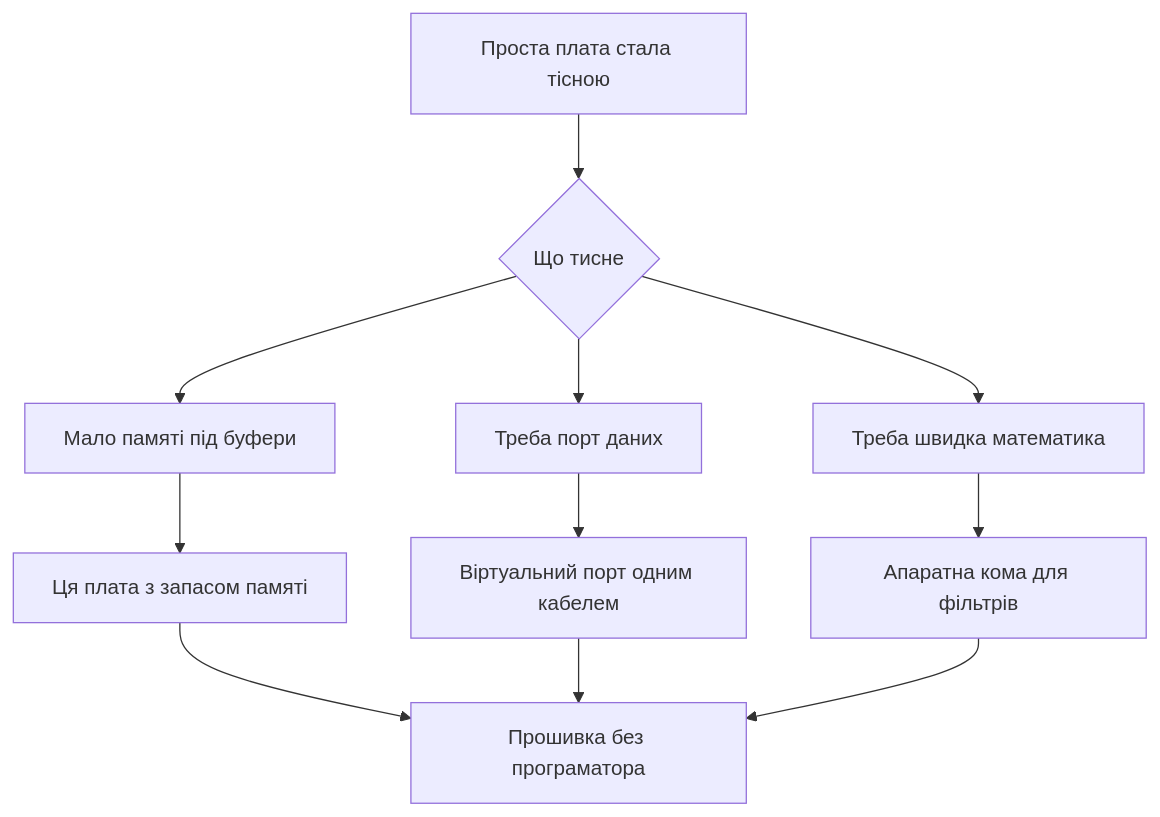
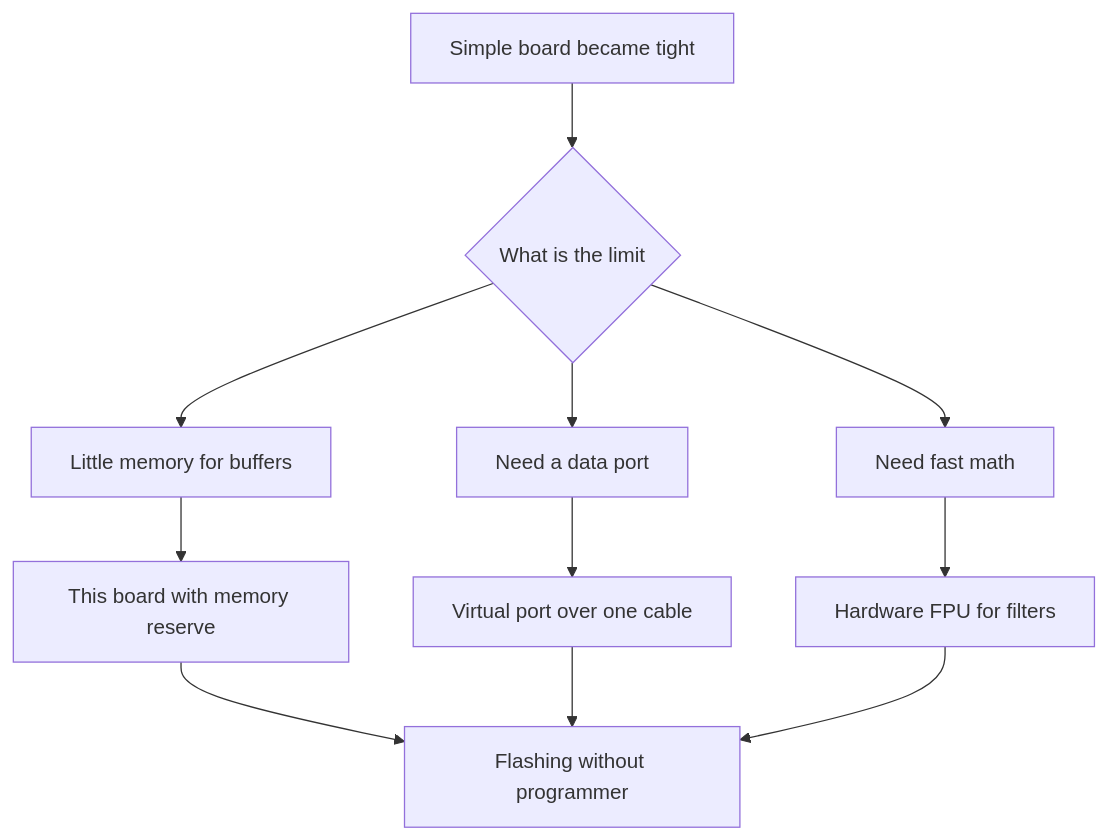
The diagram in obsidian_vault/STM32-Reference/EN/14-Devboards/02-Black-Pill.en.md (ksalab/embedded-reference), drawn with Mermaid before and after one commit. The commit also changed other lines of this file and 76 other files, not shown here.

````diff
--- a/obsidian_vault/STM32-Reference/EN/14-Devboards/02-Black-Pill.en.md
+++ b/obsidian_vault/STM32-Reference/EN/14-Devboards/02-Black-Pill.en.md
@@ -192,14 +191,14 @@
 ```mermaid
 flowchart TB
-    Start[Проста плата стала тісною]
-    Start --> Need{Що тисне}
-    Need --> Mem[Мало памяті під буфери]
-    Need --> Usb[Треба порт даних]
-    Need --> Math[Треба швидка математика]
-    Mem --> New[Ця плата з запасом памяті]
-    Usb --> Cdc[Віртуальний порт одним кабелем]
-    Math --> Fpu[Апаратна кома для фільтрів]
-    New --> Dfu[Прошивка без програматора]
+    Start[Simple board became tight]
+    Start --> Need{What is the limit}
+    Need --> Mem[Little memory for buffers]
+    Need --> Usb[Need a data port]
+    Need --> Math[Need fast math]
+    Mem --> New[This board with memory reserve]
+    Usb --> Cdc[Virtual port over one cable]
+    Math --> Fpu[Hardware FPU for filters]
+    New --> Dfu[Flashing without programmer]
     Cdc --> Dfu
     Fpu --> Dfu
 ```
````
